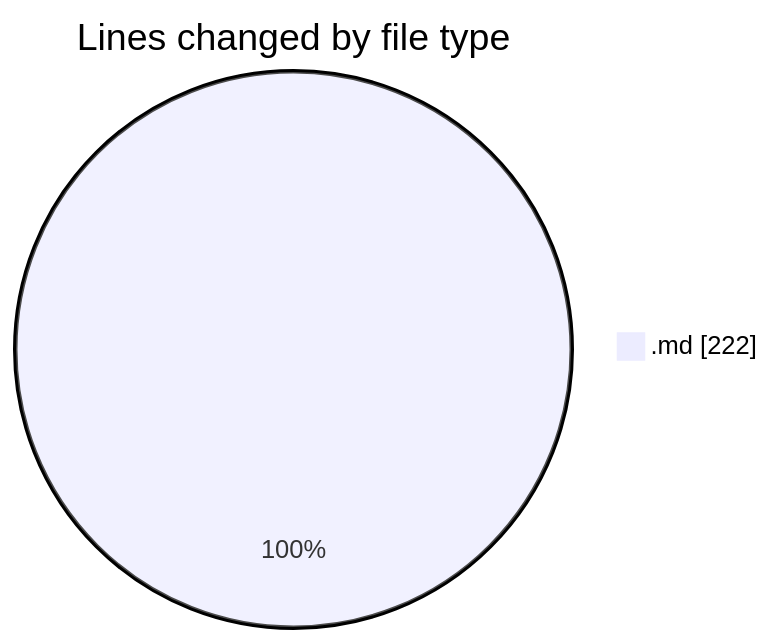
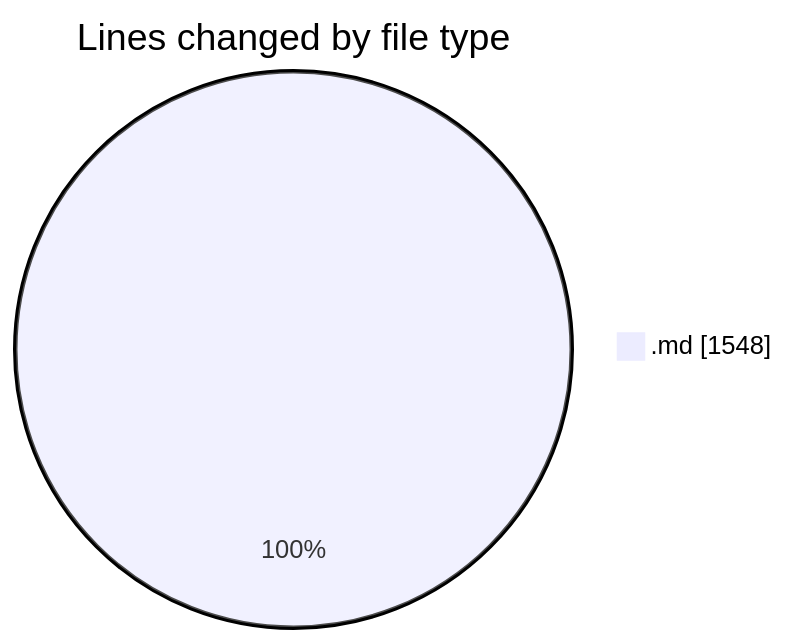
The first of 2 diagrams in 2025-07-18/urlwebwala_intership_work/README.md (Ritupan-Deka/code-tracking), drawn with Mermaid before and after one commit. The commit also changed other lines of this file and 1 other file, not shown here.

````diff
--- a/2025-07-18/urlwebwala_intership_work/README.md
+++ b/2025-07-18/urlwebwala_intership_work/README.md
@@ -21,5 +21,5 @@
 ```mermaid
 pie showData
 title Lines changed by file type
-".md" : 222
+".md" : 1548
 ```
````
